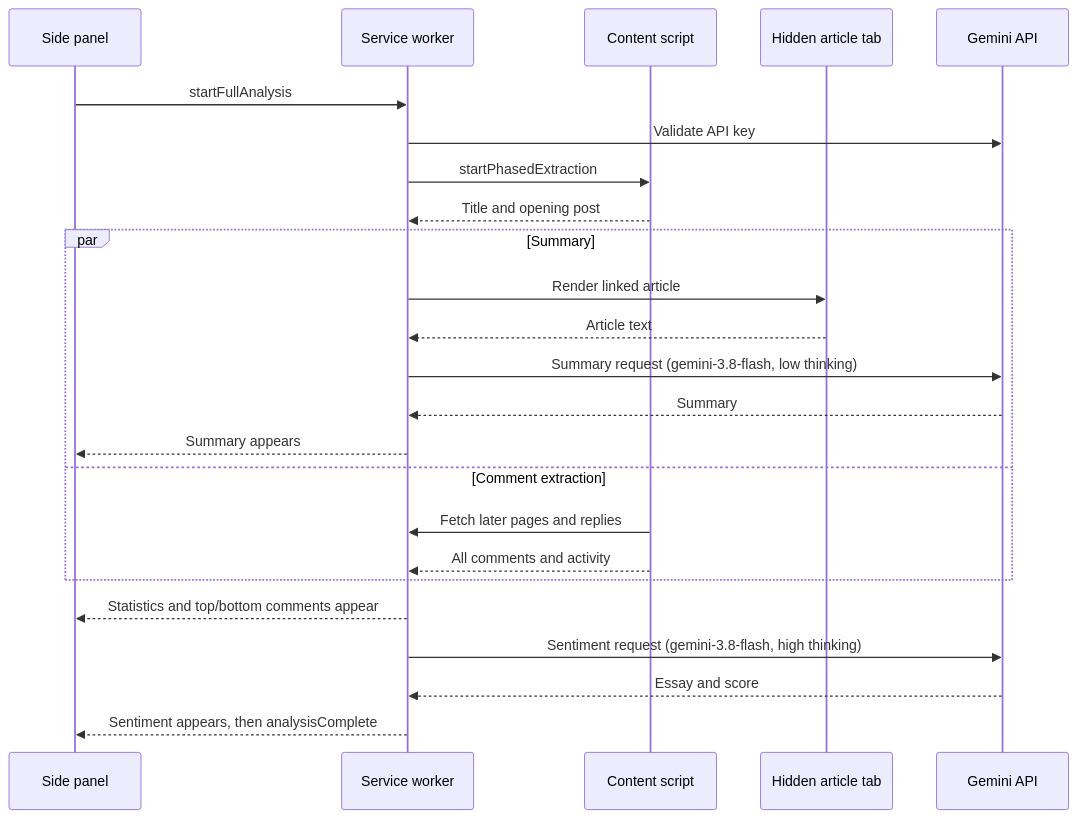
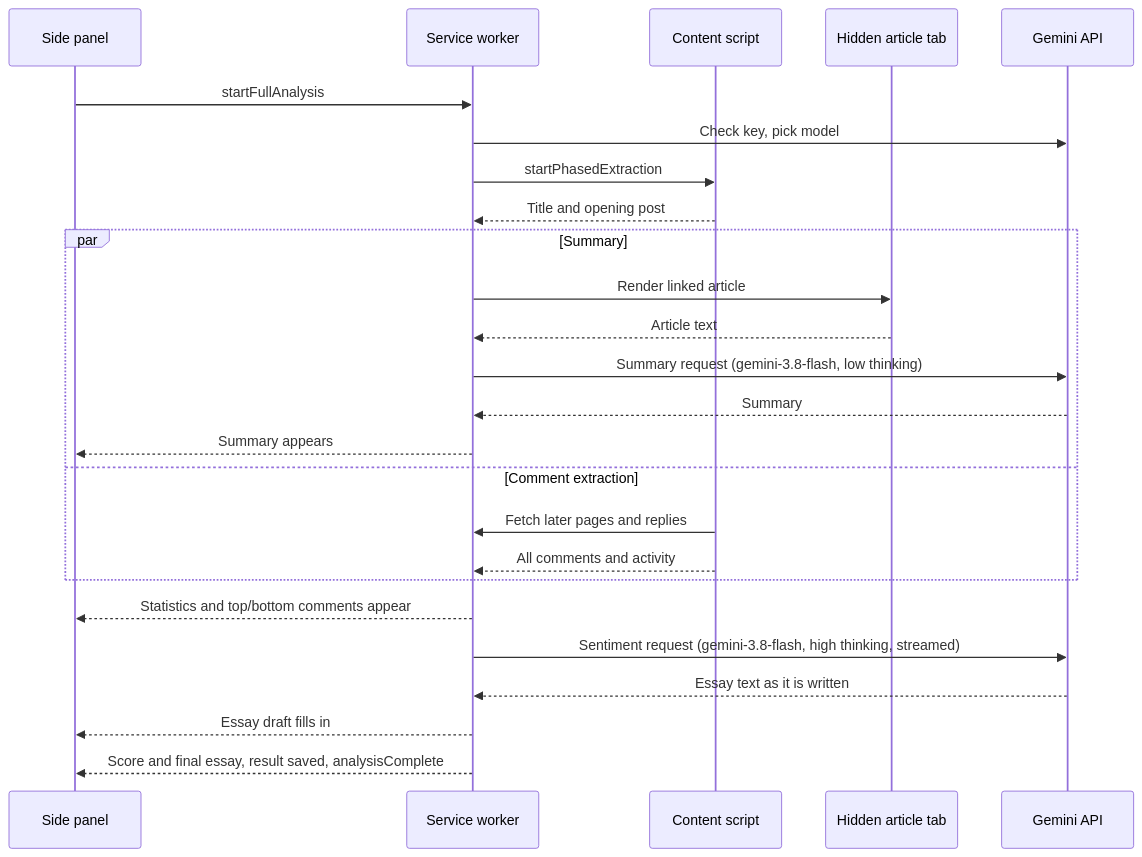
The diagram in README.md (JGKarlin/girlsinsight), drawn with Mermaid before and after one commit. The commit also changed other lines of this file and 1 other file, not shown here.

````diff
--- a/README.md
+++ b/README.md
@@ -102,27 +103,28 @@
 ```mermaid
 sequenceDiagram
     participant P as Side panel
     participant B as Service worker
     participant C as Content script
     participant T as Hidden article tab
     participant G as Gemini API
 
     P->>B: startFullAnalysis
-    B->>G: Validate API key
+    B->>G: Check key, pick model
     B->>C: startPhasedExtraction
     C-->>B: Title and opening post
     par Summary
         B->>T: Render linked article
         T-->>B: Article text
         B->>G: Summary request (gemini-3.8-flash, low thinking)
         G-->>B: Summary
         B-->>P: Summary appears
     and Comment extraction
         C->>B: Fetch later pages and replies
         C-->>B: All comments and activity
     end
     B-->>P: Statistics and top/bottom comments appear
-    B->>G: Sentiment request (gemini-3.8-flash, high thinking)
-    G-->>B: Essay and score
-    B-->>P: Sentiment appears, then analysisComplete
+    B->>G: Sentiment request (gemini-3.8-flash, high thinking, streamed)
+    G-->>B: Essay text as it is written
+    B-->>P: Essay draft fills in
+    B-->>P: Score and final essay, result saved, analysisComplete
 ```
````
